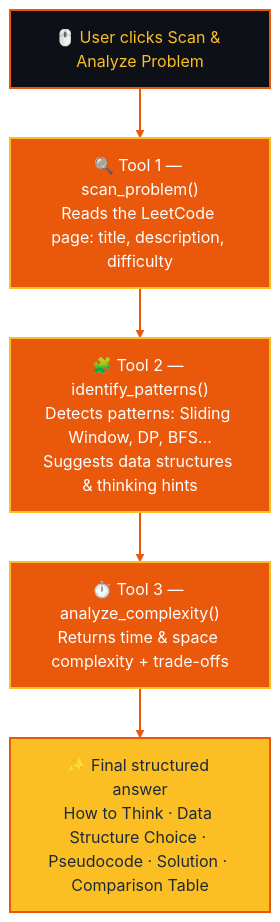
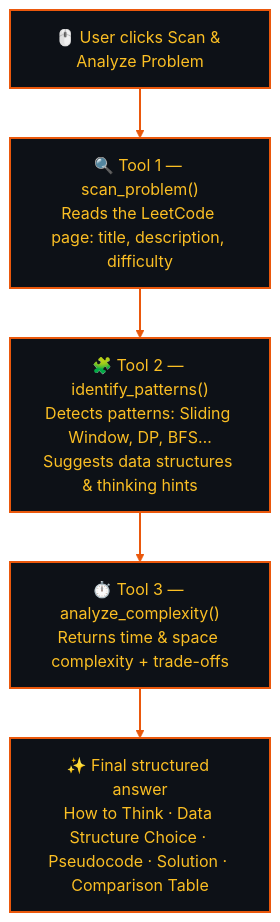
The diagram in README.md (SIDDHIK-355/S3-Coding-with-AI-Agent), drawn with Mermaid before and after one commit.

Commit message:
Unify all flowchart boxes on dark fill with orange border

````diff
--- a/README.md
+++ b/README.md
@@ -46,19 +46,15 @@
 ```mermaid
 flowchart TD
     A["🖱️ User clicks Scan &amp; Analyze Problem"]
     B["🔍 Tool 1 — scan_problem()<br/>Reads the LeetCode page: title, description, difficulty"]
     C["🧩 Tool 2 — identify_patterns()<br/>Detects patterns: Sliding Window, DP, BFS…<br/>Suggests data structures &amp; thinking hints"]
     D["⏱️ Tool 3 — analyze_complexity()<br/>Returns time &amp; space complexity + trade-offs"]
     E["✨ Final structured answer<br/>How to Think · Data Structure Choice · Pseudocode · Solution · Comparison Table"]
 
     A --> B --> C --> D --> E
 
-    classDef user fill:#0d1117,stroke:#ea580c,stroke-width:2px,color:#fbbf24
-    classDef tool fill:#ea580c,stroke:#fbbf24,stroke-width:2px,color:#ffffff
-    classDef final fill:#fbbf24,stroke:#ea580c,stroke-width:2px,color:#1f2937
+    classDef step fill:#0d1117,stroke:#ea580c,stroke-width:2px,color:#fbbf24
 
-    class A user
-    class B,C,D tool
-    class E final
+    class A,B,C,D,E step
     linkStyle default stroke:#ea580c,stroke-width:2px
 ```
````
